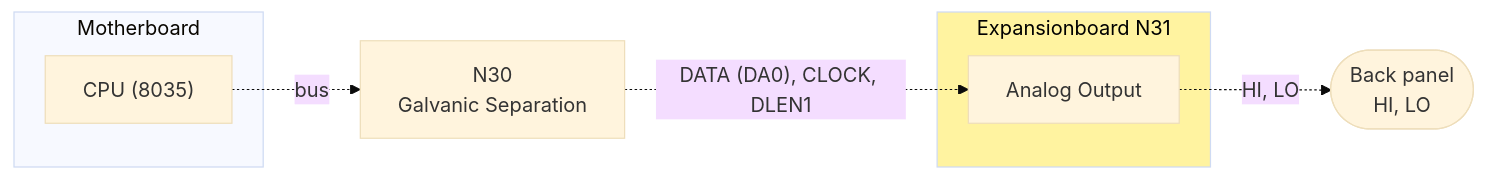
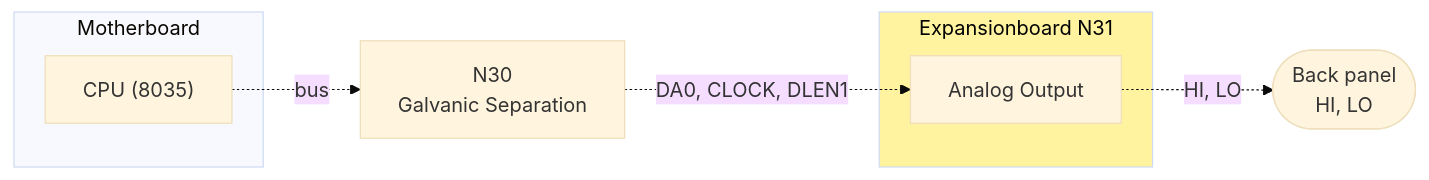
The diagram in Deepdive/N31/README.md (deqit/PhilipsPM2528), drawn with Mermaid (base theme) before and after one commit. The commit also changed other lines of this file and 116 other files, not shown here.

````diff
--- a/Deepdive/N31/README.md
+++ b/Deepdive/N31/README.md
@@ -17,15 +17,15 @@
 ```mermaid
 flowchart LR
     subgraph N1["Motherboard"]
         CPU["CPU (8035)"]
     end
     N30["N30<br/>Galvanic Separation"]
     subgraph N31["Expansionboard N31"]
         AO["Analog Output"]
     end
     OUT(["Back panel<br/>HI, LO"])
     CPU -. "bus" .-> N30
-    N30 -. "DATA (DA0), CLOCK, DLEN1" .-> AO
+    N30 -. "DA0, CLOCK, DLEN1" .-> AO
     AO -. "HI, LO" .-> OUT
     style N31 fill:#fff3a0,color:#000
 ```
````
